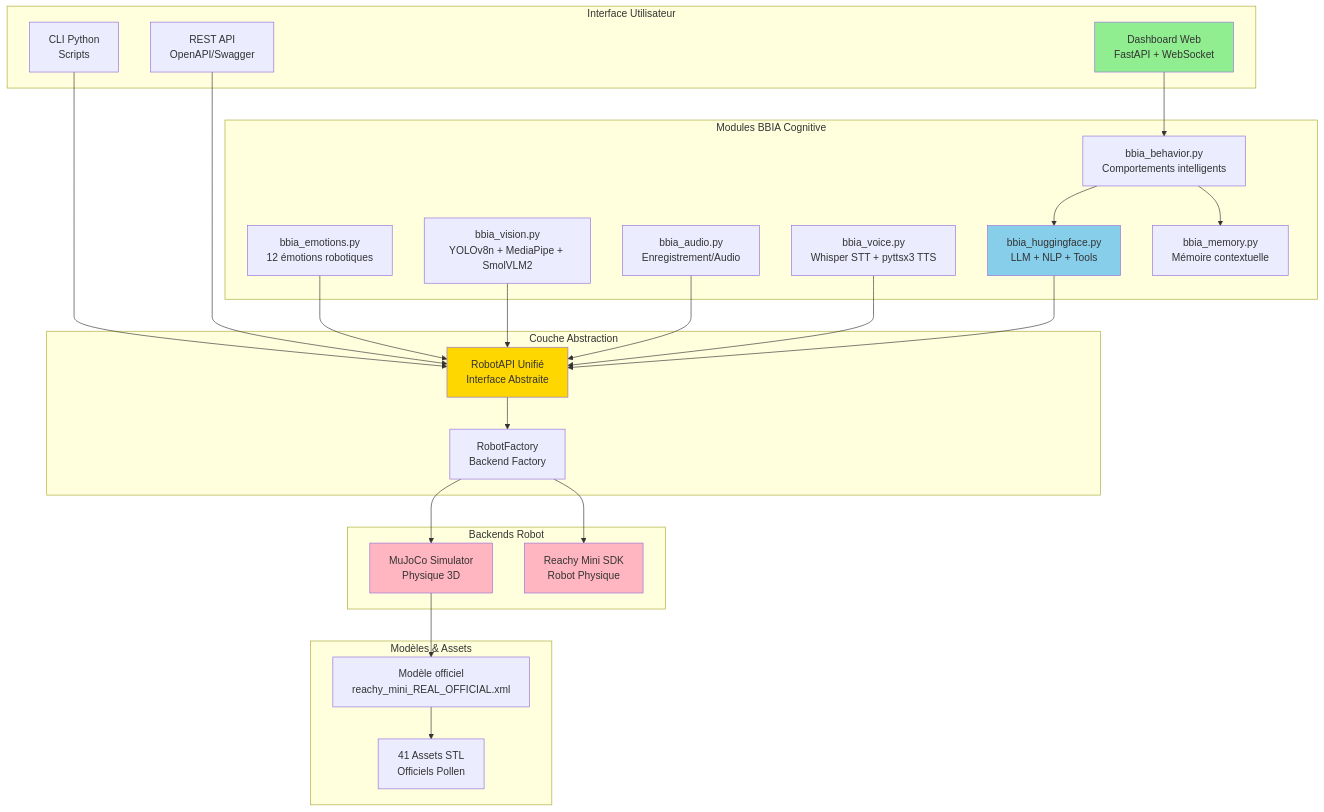
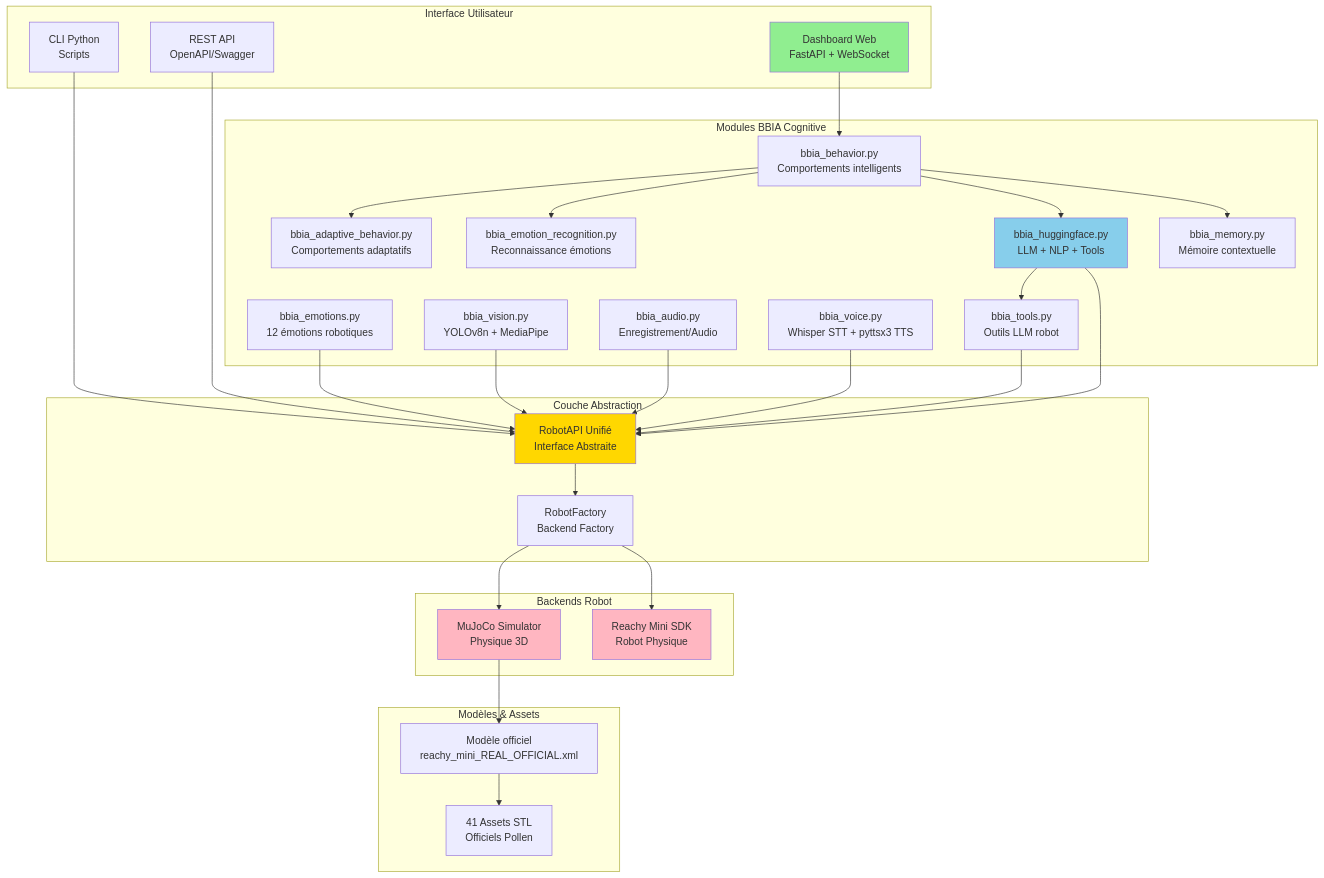
One commit to arkalia-luna-system/bbia-sim changed the first of 2 diagrams in README.md. Above: the diagram before and after it, drawn with Mermaid. The commit also changed other lines of this file, not shown here.

Commit message:
fix: corriger README - schéma Mermaid (SmolVLM2 retiré, modules ajoutés), chemins docs corrigés

````diff
--- a/README.md
+++ b/README.md
@@ -178,58 +178,65 @@
 ```mermaid
 graph TB
     subgraph "Interface Utilisateur"
         WEB[Dashboard Web<br/>FastAPI + WebSocket]
         CLI[CLI Python<br/>Scripts]
         API[REST API<br/>OpenAPI/Swagger]
     end
     
     subgraph "Modules BBIA Cognitive"
         EMOTIONS[bbia_emotions.py<br/>12 émotions robotiques]
-        VISION[bbia_vision.py<br/>YOLOv8n + MediaPipe + SmolVLM2]
+        VISION[bbia_vision.py<br/>YOLOv8n + MediaPipe]
         AUDIO[bbia_audio.py<br/>Enregistrement/Audio]
         VOICE[bbia_voice.py<br/>Whisper STT + pyttsx3 TTS]
         BEHAVIOR[bbia_behavior.py<br/>Comportements intelligents]
+        ADAPTIVE[bbia_adaptive_behavior.py<br/>Comportements adaptatifs]
+        EMOTION_REC[bbia_emotion_recognition.py<br/>Reconnaissance émotions]
         HF[bbia_huggingface.py<br/>LLM + NLP + Tools]
+        TOOLS[bbia_tools.py<br/>Outils LLM robot]
         MEMORY[bbia_memory.py<br/>Mémoire contextuelle]
     end
     
     subgraph "Couche Abstraction"
         ROBOTAPI[RobotAPI Unifié<br/>Interface Abstraite]
         FACTORY[RobotFactory<br/>Backend Factory]
     end
     
     subgraph "Backends Robot"
         MUJOCO[MuJoCo Simulator<br/>Physique 3D]
         REACHY[Reachy Mini SDK<br/>Robot Physique]
     end
     
     subgraph "Modèles & Assets"
         MODEL[Modèle officiel<br/>reachy_mini_REAL_OFFICIAL.xml]
         ASSETS[41 Assets STL<br/>Officiels Pollen]
     end
     
     WEB --> BEHAVIOR
     CLI --> ROBOTAPI
     API --> ROBOTAPI
     
     EMOTIONS --> ROBOTAPI
     VISION --> ROBOTAPI
     AUDIO --> ROBOTAPI
     VOICE --> ROBOTAPI
     BEHAVIOR --> HF
+    BEHAVIOR --> ADAPTIVE
     BEHAVIOR --> MEMORY
+    BEHAVIOR --> EMOTION_REC
+    HF --> TOOLS
+    TOOLS --> ROBOTAPI
     HF --> ROBOTAPI
     
     ROBOTAPI --> FACTORY
     FACTORY --> MUJOCO
     FACTORY --> REACHY
     
     MUJOCO --> MODEL
     MODEL --> ASSETS
     
     style WEB fill:#90EE90
     style ROBOTAPI fill:#FFD700
     style HF fill:#87CEEB
     style MUJOCO fill:#FFB6C1
     style REACHY fill:#FFB6C1
 ```
````
